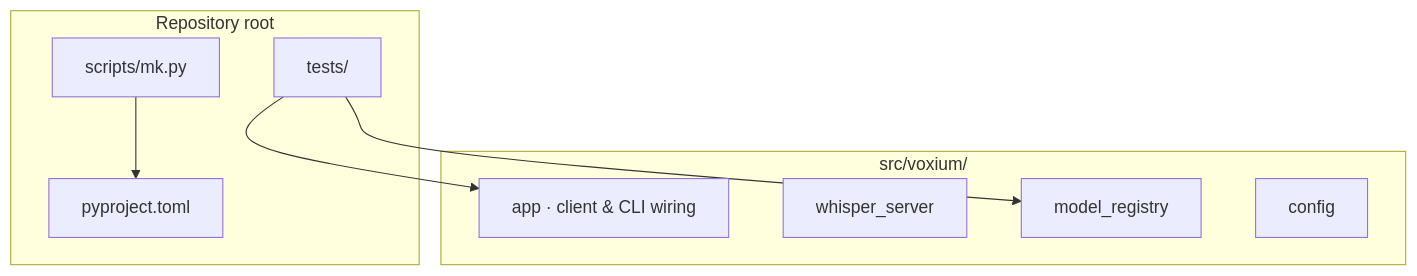
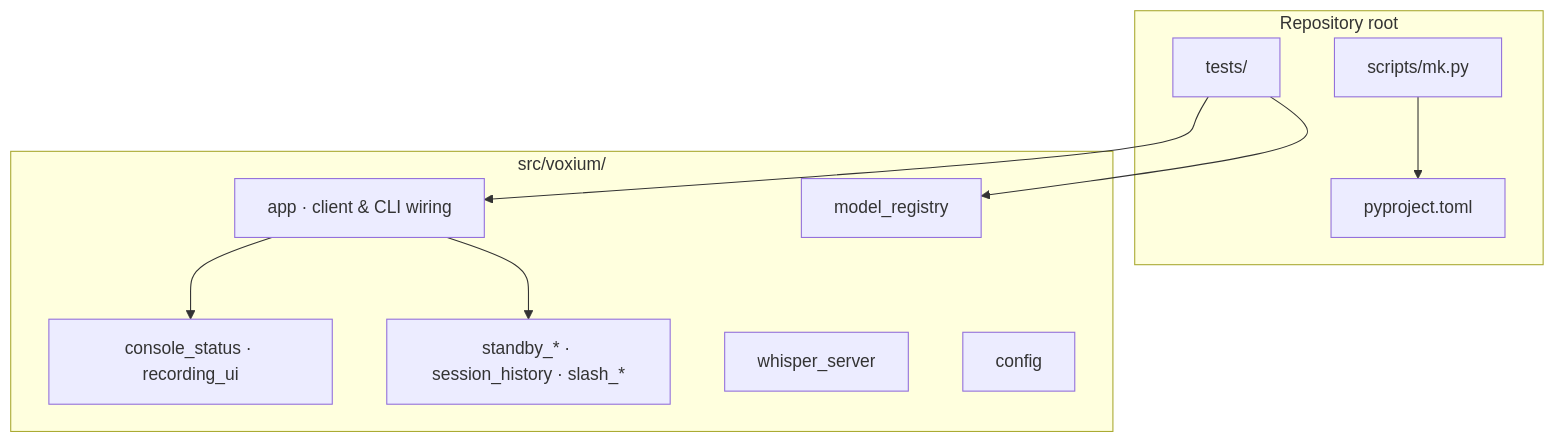
Before and after one commit to chris-piekarski/voxium-ptt: the fourth of 5 diagrams in docs/architecture.md, drawn with Mermaid. The commit also changed other lines of this file and 54 other files, not shown here.

````diff
--- a/docs/architecture.md
+++ b/docs/architecture.md
@@ -110,17 +116,21 @@
 ```mermaid
 flowchart TB
   subgraph repo["Repository root"]
     sc[scripts/mk.py]
     t[tests/]
     p[pyproject.toml]
   end
   subgraph srcpkg["src/voxium/"]
     app[app · client & CLI wiring]
+    ui[console_status · recording_ui]
+    st[standby_* · session_history · slash_*]
     srv[whisper_server]
     mreg[model_registry]
     cfg[config]
   end
+  app --> ui
+  app --> st
   t --> app
   t --> mreg
   sc --> p
 ```
````
